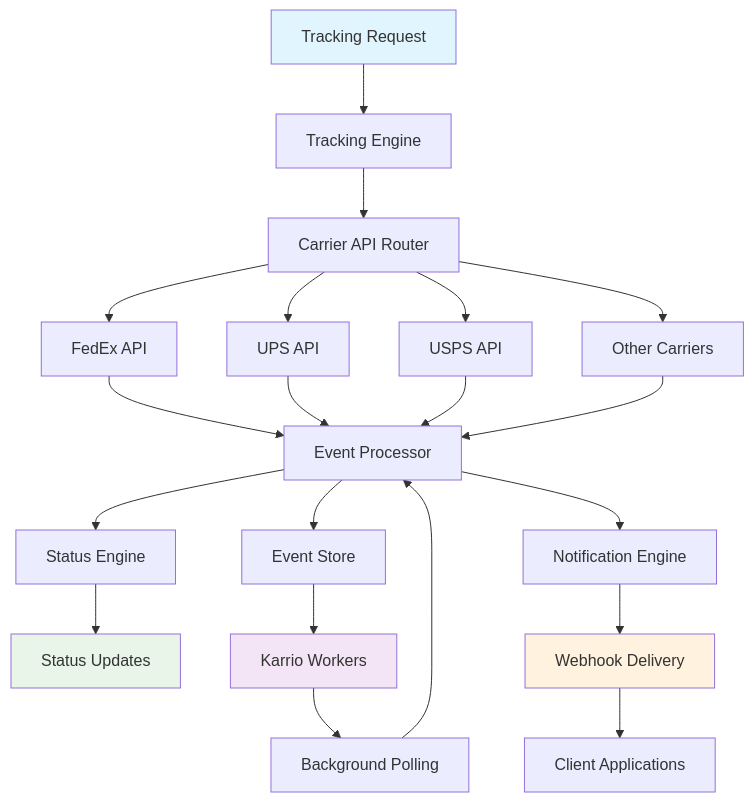
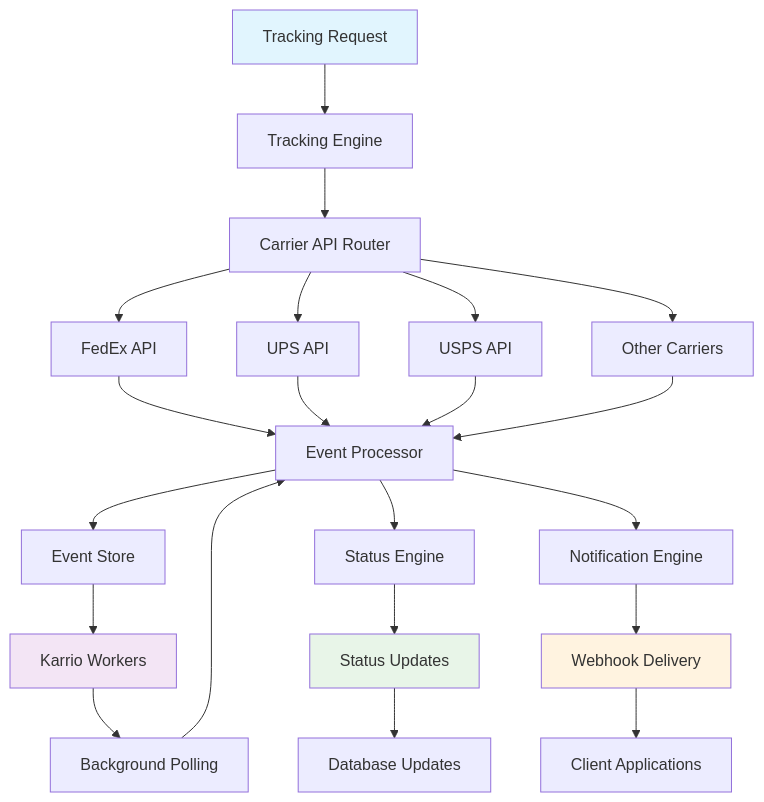
Before and after one commit to karrioapi/karrio: the diagram in apps/web/src/app/docs/products/tracking/page.mdx, drawn with Mermaid. The commit also changed other lines of this file and 27 other files, not shown here.

````diff
--- a/apps/web/src/app/docs/products/tracking/page.mdx
+++ b/apps/web/src/app/docs/products/tracking/page.mdx
@@ -36,33 +73,34 @@
 ```mermaid
 flowchart TD
     A[Tracking Request] --> B[Tracking Engine]
     B --> C[Carrier API Router]
 
     C --> D[FedEx API]
     C --> E[UPS API]
     C --> F[USPS API]
     C --> G[Other Carriers]
 
     D --> H[Event Processor]
     E --> H
     F --> H
     G --> H
 
     H --> I[Event Store]
     H --> J[Status Engine]
     H --> K[Notification Engine]
 
     J --> L[Status Updates]
     K --> M[Webhook Delivery]
 
     I --> N[Karrio Workers]
     N --> O[Background Polling]
     O --> H
 
     M --> P[Client Applications]
+    L --> Q[Database Updates]
 
     style A fill:#e1f5fe
     style L fill:#e8f5e8
     style M fill:#fff3e0
     style N fill:#f3e5f5
 ```
````
